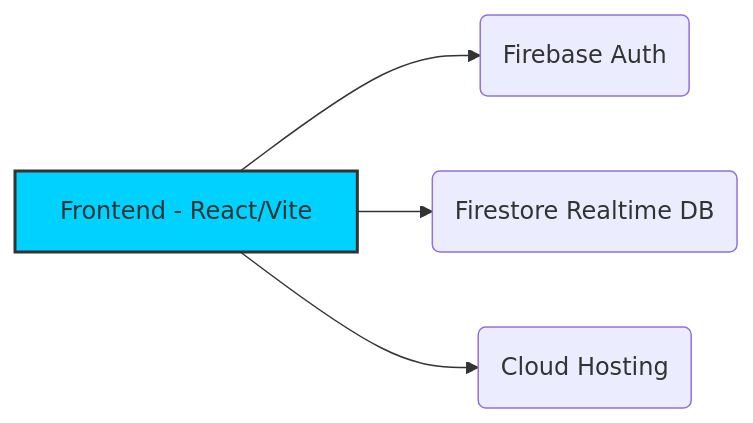
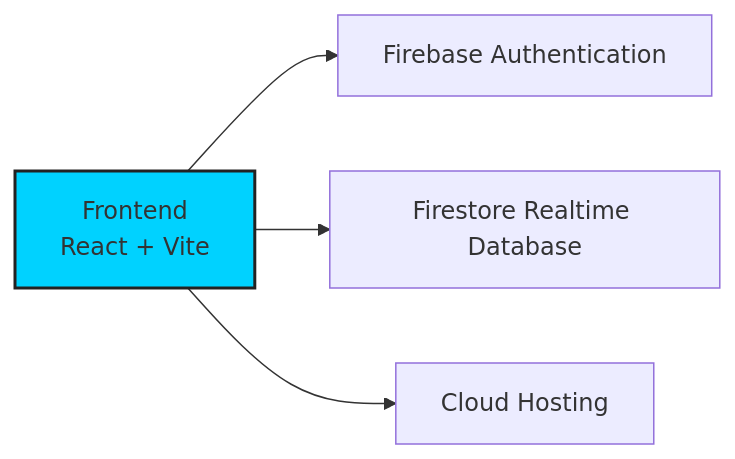
The diagram in profile/README.md (tugaspro/.github), drawn with Mermaid before and after one commit. The commit also changed other lines of this file, not shown here.

`````diff
--- a/profile/README.md
+++ b/profile/README.md
@@ -55,7 +51,7 @@
 ```mermaid
 graph LR
-  A[Frontend - React/Vite] --> B(Firebase Auth)
-  A --> C(Firestore Realtime DB)
-  A --> D(Cloud Hosting)
-  style A fill:#00d2ff,stroke:#333,stroke-width:2px
-```
+  A[Frontend<br/>React + Vite] --> B[Firebase Authentication]
+  A --> C[Firestore Realtime Database]
+  A --> D[Cloud Hosting]
+  style A fill:#00d2ff,stroke:#222,stroke-width:2px
+````
`````
